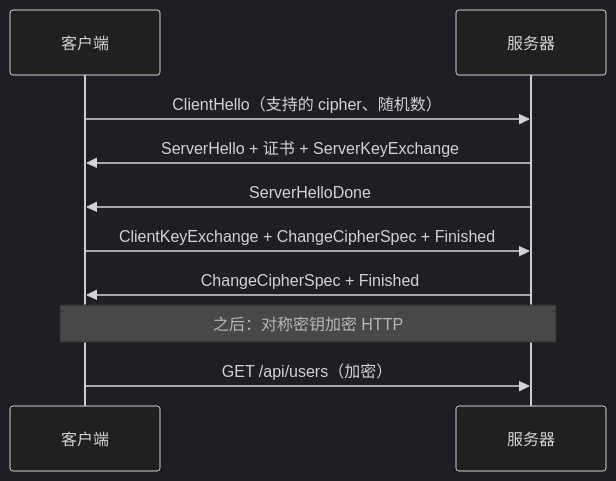
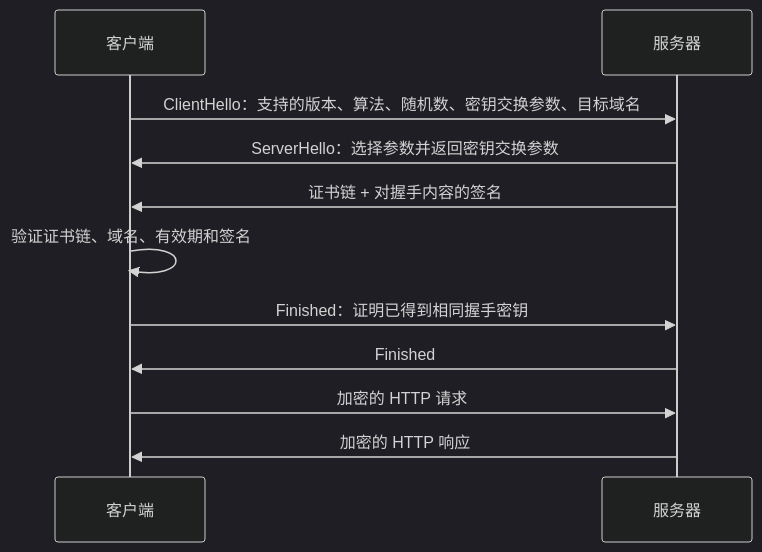
Before and after one commit to moqix26/study: the diagram in 前端学习/计算机网络/05-HTTPS与TLS加密.md, drawn with Mermaid (dark theme). The commit also changed other lines of this file and 49 other files, not shown here.

````diff
--- a/前端学习/计算机网络/05-HTTPS与TLS加密.md
+++ b/前端学习/计算机网络/05-HTTPS与TLS加密.md
@@ -343,12 +199,13 @@
 ```mermaid
 sequenceDiagram
     participant C as 客户端
     participant S as 服务器
-    C->>S: ClientHello（支持的 cipher、随机数）
-    S->>C: ServerHello + 证书 + ServerKeyExchange
-    S->>C: ServerHelloDone
-    C->>S: ClientKeyExchange + ChangeCipherSpec + Finished
-    S->>C: ChangeCipherSpec + Finished
-    Note over C,S: 之后：对称密钥加密 HTTP
-    C->>S: GET /api/users（加密）
+    C->>S: ClientHello：支持的版本、算法、随机数、密钥交换参数、目标域名
+    S->>C: ServerHello：选择参数并返回密钥交换参数
+    S->>C: 证书链 + 对握手内容的签名
+    C->>C: 验证证书链、域名、有效期和签名
+    C->>S: Finished：证明已得到相同握手密钥
+    S->>C: Finished
+    C->>S: 加密的 HTTP 请求
+    S->>C: 加密的 HTTP 响应
 ```
````
